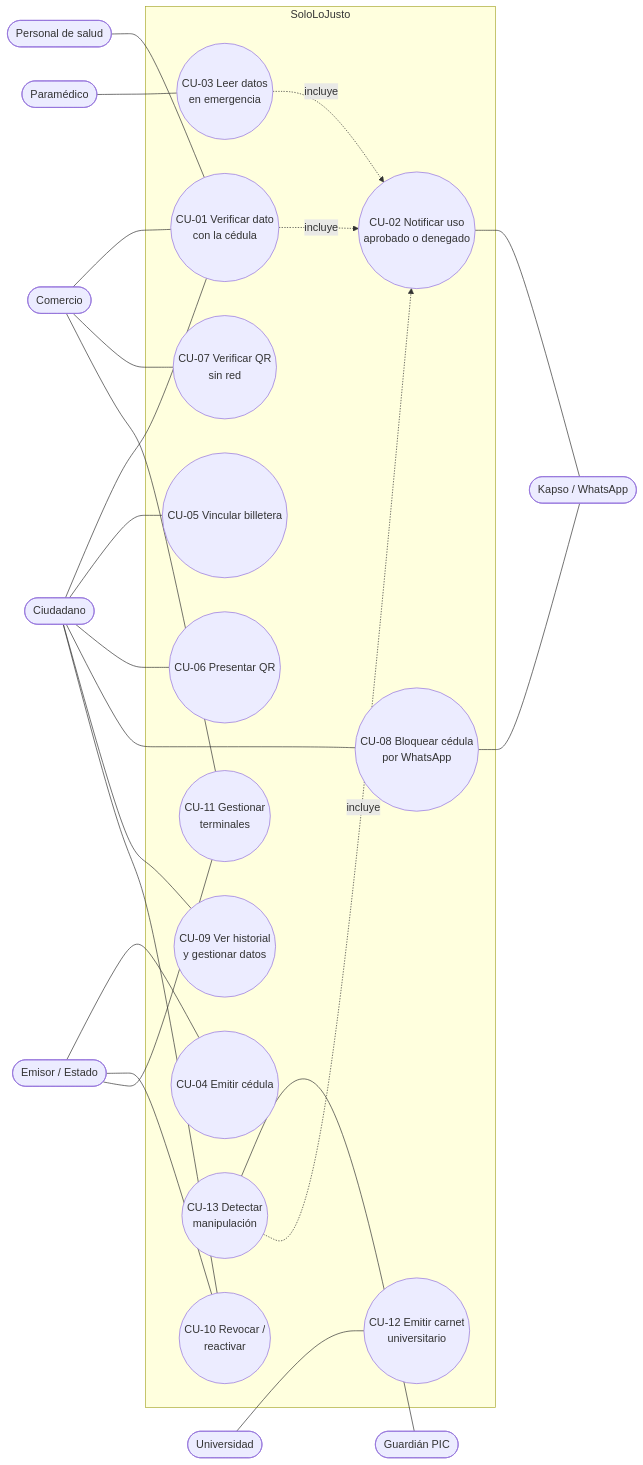
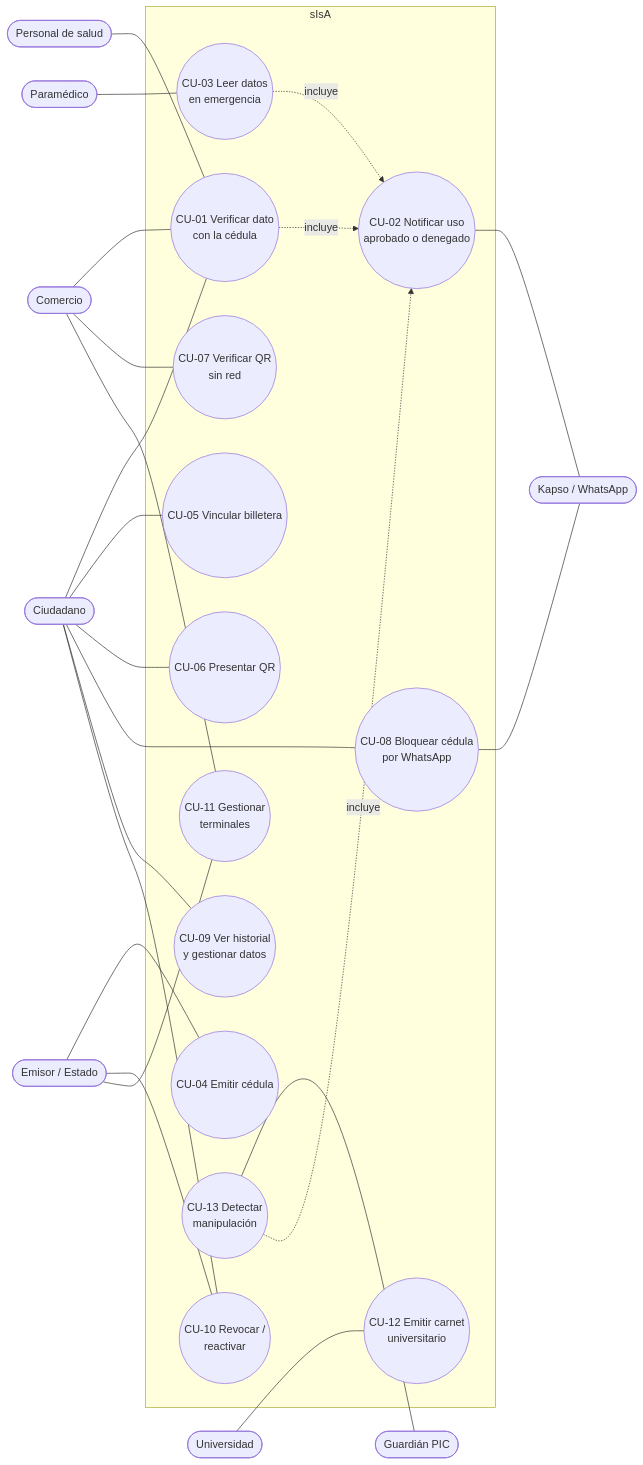
The diagram in docs/03-casos-de-uso.md (platanus-hack/platanus-hack-26-ve-team-1), drawn with Mermaid before and after one commit. The commit also changed 55 other files, not shown here.

Commit message:
Documentación en Word con diagramas renderizados, script de generación y nombre sIsA

````diff
--- a/docs/03-casos-de-uso.md
+++ b/docs/03-casos-de-uso.md
@@ -5,40 +5,40 @@
 ```mermaid
 flowchart LR
   Ciudadano([Ciudadano])
   Comercio([Comercio])
   Salud([Personal de salud])
   Param([Paramédico])
   Emisor([Emisor / Estado])
   Uni([Universidad])
   Kapso([Kapso / WhatsApp])
   PIC([Guardián PIC])
 
-  subgraph Sistema[SoloLoJusto]
-    CU01((CU-01 Verificar dato\ncon la cédula))
-    CU02((CU-02 Notificar uso\naprobado o denegado))
-    CU03((CU-03 Leer datos\nen emergencia))
+  subgraph Sistema[sIsA]
+    CU01((CU-01 Verificar dato<br/>con la cédula))
+    CU02((CU-02 Notificar uso<br/>aprobado o denegado))
+    CU03((CU-03 Leer datos<br/>en emergencia))
     CU04((CU-04 Emitir cédula))
     CU05((CU-05 Vincular billetera))
     CU06((CU-06 Presentar QR))
-    CU07((CU-07 Verificar QR\nsin red))
-    CU08((CU-08 Bloquear cédula\npor WhatsApp))
-    CU09((CU-09 Ver historial\ny gestionar datos))
-    CU10((CU-10 Revocar /\nreactivar))
-    CU11((CU-11 Gestionar\nterminales))
-    CU12((CU-12 Emitir carnet\nuniversitario))
-    CU13((CU-13 Detectar\nmanipulación))
+    CU07((CU-07 Verificar QR<br/>sin red))
+    CU08((CU-08 Bloquear cédula<br/>por WhatsApp))
+    CU09((CU-09 Ver historial<br/>y gestionar datos))
+    CU10((CU-10 Revocar /<br/>reactivar))
+    CU11((CU-11 Gestionar<br/>terminales))
+    CU12((CU-12 Emitir carnet<br/>universitario))
+    CU13((CU-13 Detectar<br/>manipulación))
   end
 
   Ciudadano --- CU01 & CU05 & CU06 & CU08 & CU09 & CU10
   Comercio --- CU01 & CU07 & CU11
   Salud --- CU01
   Param --- CU03
   Emisor --- CU04 & CU10 & CU11
   Uni --- CU12
   CU01 -. incluye .-> CU02
   CU03 -. incluye .-> CU02
   CU02 --- Kapso
   CU08 --- Kapso
   CU13 --- PIC
   CU13 -. incluye .-> CU02
 ```
````
